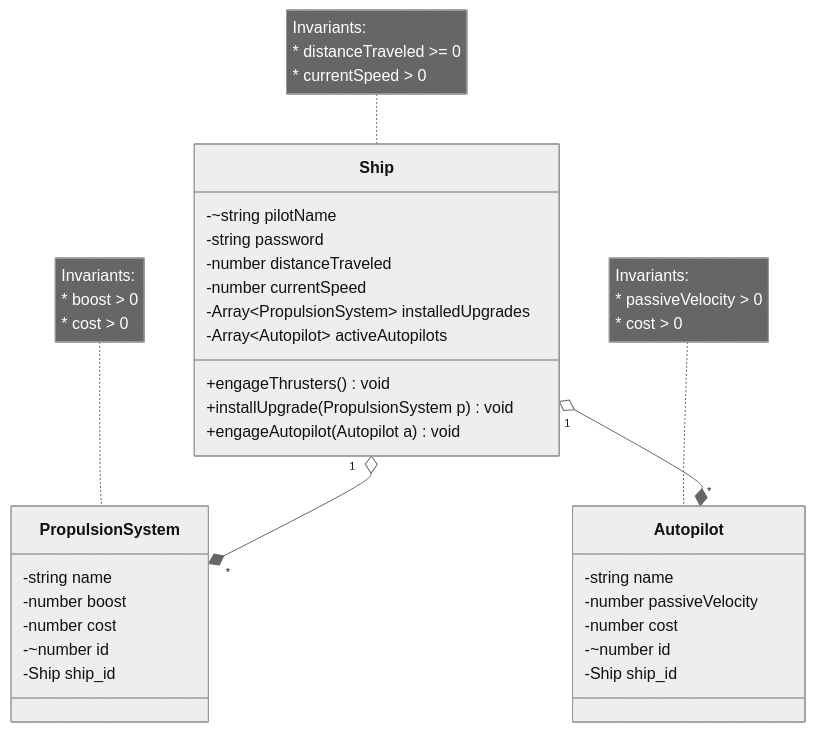
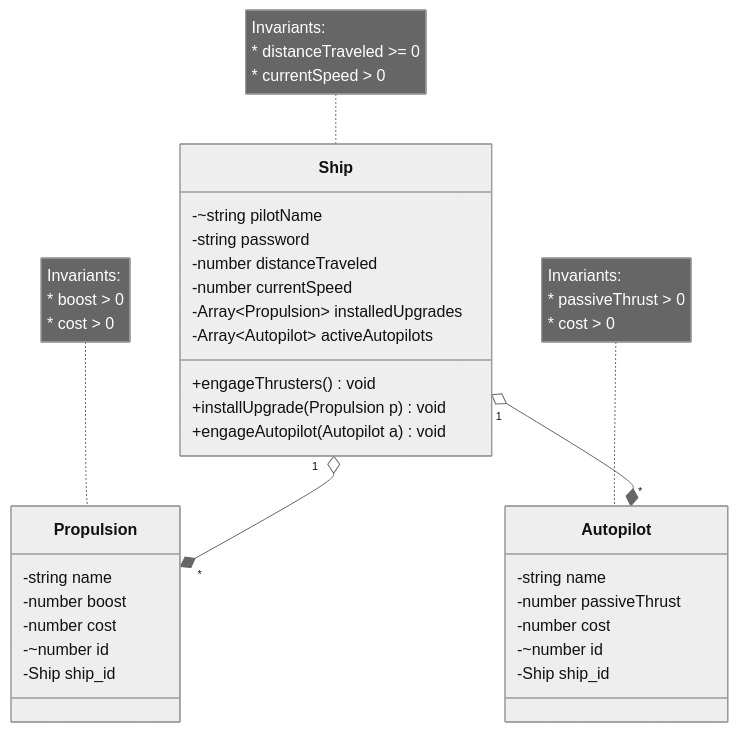
One commit to TheTaiMan/Void-Voyager changed the diagram in domain.md. Above: the diagram before and after it, drawn with Mermaid (neutral theme). The commit also changed other lines of this file and 4 other files, not shown here.

Commit message:
Renamed passiveVelocity to passiveThrust

````diff
--- a/domain.md
+++ b/domain.md
@@ -31,61 +31,61 @@
 ```mermaid
 classDiagram
     %% Game State / Single Player Account
     class Ship {
         %% Account info
         %% pilotName is the natural key, no synthetic id needed
         -~string pilotName
         -string password
         
         %% Game progress
         -number distanceTraveled
         -number currentSpeed
         
         %% Owned upgrades and autopilots
-        -Array~PropulsionSystem~ installedUpgrades
+        -Array~Propulsion~ installedUpgrades
         -Array~Autopilot~ activeAutopilots
         
         %% Main actions
         +engageThrusters() void
-        +installUpgrade(PropulsionSystem p) void
+        +installUpgrade(Propulsion p) void
         +engageAutopilot(Autopilot a) void
     }
 
     note for Ship "Invariants:
     * distanceTraveled >= 0
     * currentSpeed > 0"
 
-    class PropulsionSystem {
+    class Propulsion {
         -string name
         -number boost
         -number cost
 
         %% No natural key exists, so a synthetic id is required
         -~number id
         %% ship is a DB only
         -Ship ship_id
     }
 
-    note for PropulsionSystem "Invariants:
+    note for Propulsion "Invariants:
     * boost > 0
     * cost > 0"
 
     class Autopilot {
         -string name
         %% Clicks Per Second
-        -number passiveVelocity
+        -number passiveThrust
         -number cost
 
         %% No natural key exists, so a synthetic id is required
         -~number id
         %% ship is a DB only
         -Ship ship_id
     }
 
     note for Autopilot "Invariants:
-    * passiveVelocity > 0
+    * passiveThrust > 0
     * cost > 0"
 
-    Ship "1" o--* "*" PropulsionSystem
+    Ship "1" o--* "*" Propulsion
     Ship "1" o--* "*" Autopilot
 ```
````
